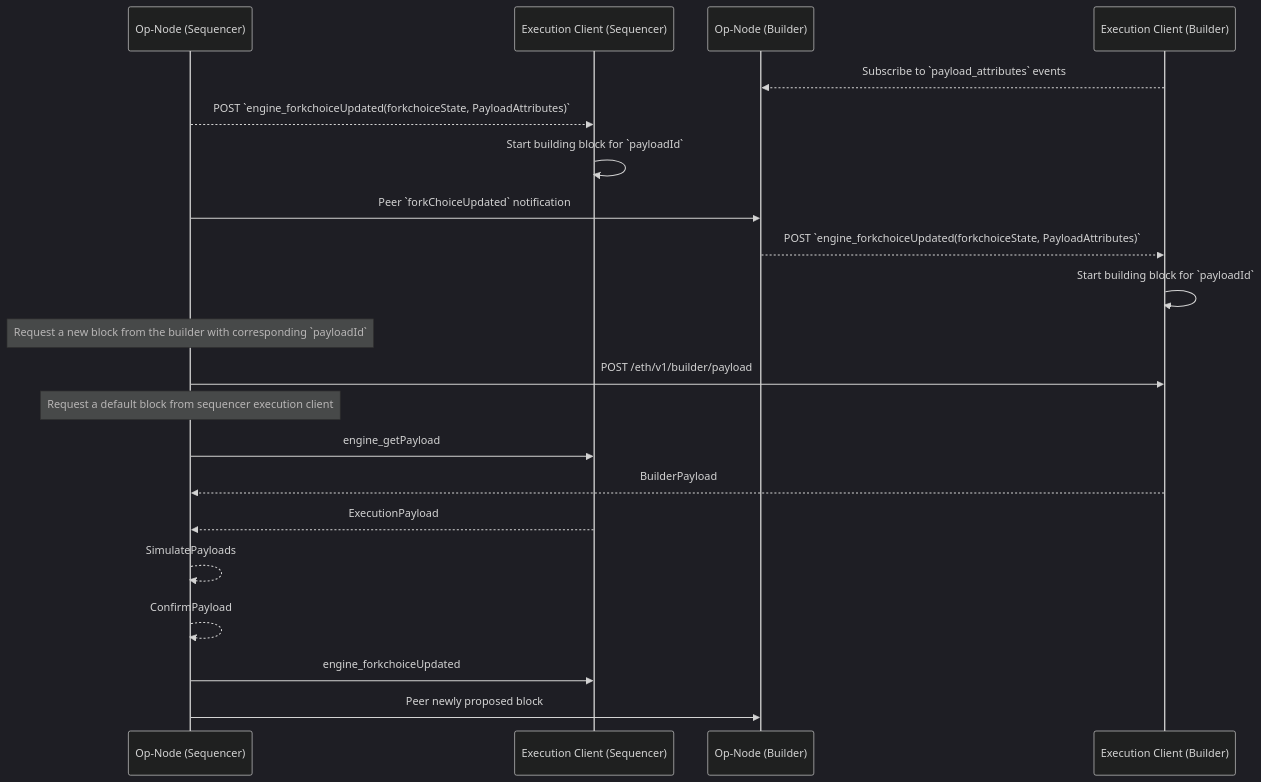
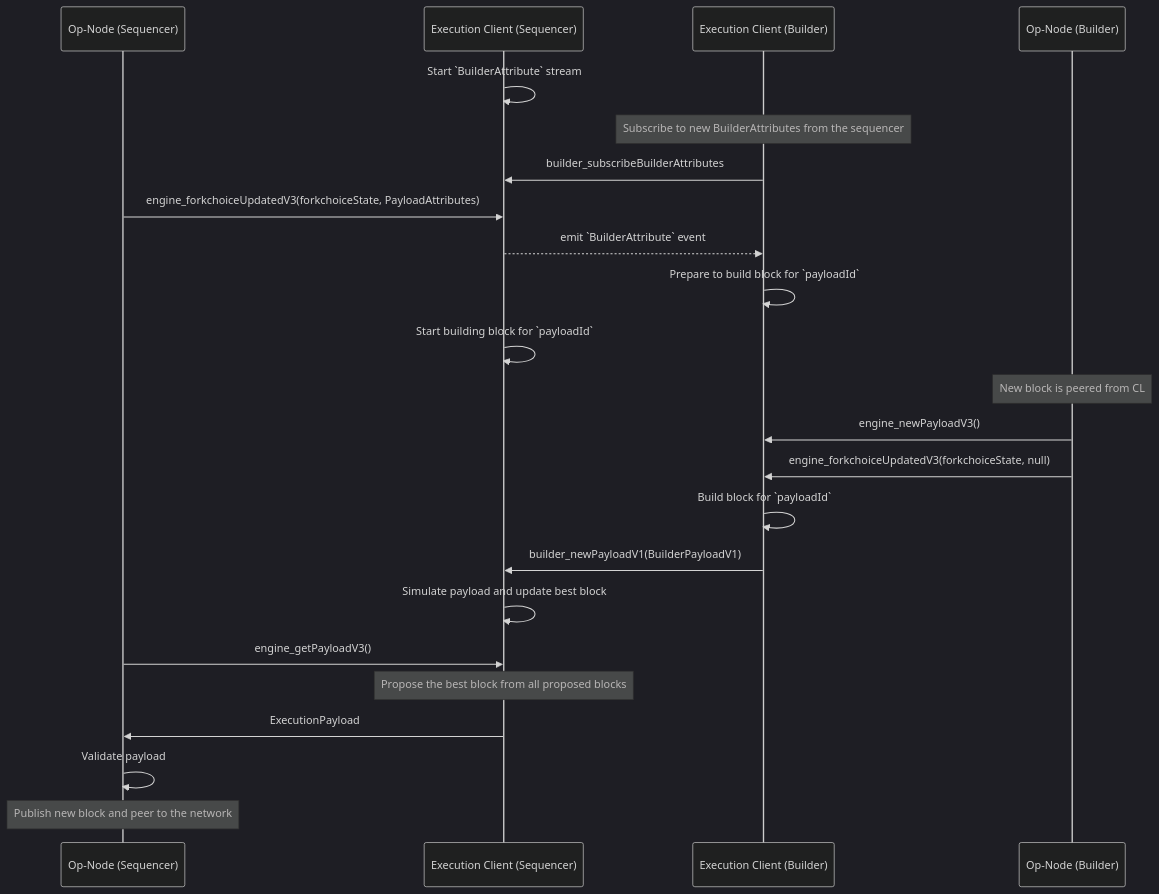
Before and after one commit to worldcoin/world-chain: the diagram in world-chain-builder/README.md, drawn with Mermaid (dark theme). The commit also changed other lines of this file, not shown here.

````diff
--- a/world-chain-builder/README.md
+++ b/world-chain-builder/README.md
@@ -11,32 +5,32 @@
 ```mermaid
 sequenceDiagram
-    participant OPS as Op-Node (Sequencer)
+    participant CLS as Op-Node (Sequencer)
     participant ELS as Execution Client (Sequencer)
-    participant OPB as Op-Node (Builder)
     participant ELB as Execution Client (Builder)
+    participant CLB as Op-Node (Builder)
 
-    %% Do we need this? Can the payload attributes just be sent with the fcu?
-    ELB-->>OPB: Subscribe to `payload_attributes` events
+    ELS->>ELS: Start `BuilderAttribute` stream
 
-    OPS-->>ELS: POST `engine_forkchoiceUpdated(forkchoiceState, PayloadAttributes)`
+    Note over ELB: Subscribe to new BuilderAttributes from the sequencer
+    ELB->>ELS: builder_subscribeBuilderAttributes
+
+    CLS->>ELS: engine_forkchoiceUpdatedV3(forkchoiceState, PayloadAttributes)
+    ELS-->>ELB: emit `BuilderAttribute` event
+    ELB->>ELB: Prepare to build block for `payloadId`
     ELS->>ELS: Start building block for `payloadId`
 
-    OPS->>OPB: Peer `forkChoiceUpdated` notification
-    OPB-->>ELB: POST `engine_forkchoiceUpdated(forkchoiceState, PayloadAttributes)`
-    ELB->>ELB: Start building block for `payloadId`
-    
-    Note over OPS: Request a new block from the builder with corresponding `payloadId`
-    OPS->> ELB: POST /eth/v1/builder/payload
-    Note over OPS: Request a default block from sequencer execution client
-    OPS->> ELS: engine_getPayload
+    Note over CLB: New block is peered from CL
+    CLB->>ELB: engine_newPayloadV3()
+    CLB->>ELB: engine_forkchoiceUpdatedV3(forkchoiceState, null)
 
-    ELB-->>OPS: BuilderPayload
-    ELS-->>OPS: ExecutionPayload
+    ELB->>ELB: Build block for `payloadId`
+    ELB->>ELS: builder_newPayloadV1(BuilderPayloadV1)
+    ELS->>ELS: Simulate payload and update best block
 
-    OPS-->>OPS: SimulatePayloads
-    OPS-->>OPS: ConfirmPayload
-    OPS ->> ELS: engine_forkchoiceUpdated
+    CLS->>ELS: engine_getPayloadV3()
+    Note over ELS: Propose the best block from all proposed blocks
+    ELS->>CLS: ExecutionPayload
 
-    %% Block propagation to peers
-    OPS->>OPB: Peer newly proposed block
+    CLS->>CLS: Validate payload
+    Note over CLS: Publish new block and peer to the network
 ```
````
